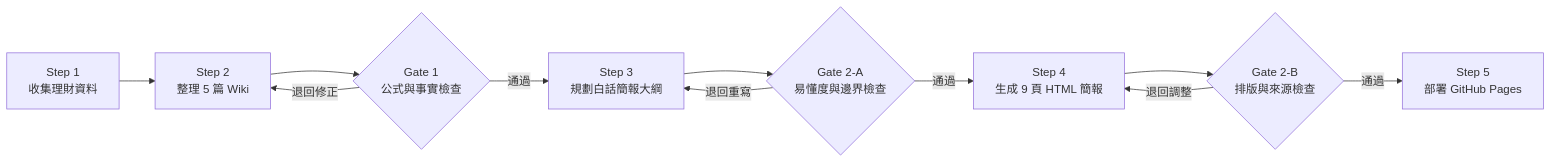
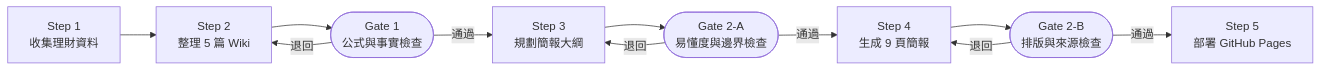
One commit to usarmena/investing-wiki changed the diagram in README.md. Above: the diagram before and after it, drawn with Mermaid.

Commit message:
fix: prevent CJK text clipping in Mermaid workflow diagram

````diff
--- a/README.md
+++ b/README.md
@@ -12,13 +12,13 @@
 ```mermaid
 flowchart LR
     A["Step 1<br/>收集理財資料"] --> B["Step 2<br/>整理 5 篇 Wiki"]
-    B --> C{"Gate 1<br/>公式與事實檢查"}
-    C -- "退回修正" --> B
-    C -- "通過" --> D["Step 3<br/>規劃白話簡報大綱"]
-    D --> E{"Gate 2-A<br/>易懂度與邊界檢查"}
-    E -- "退回重寫" --> D
-    E -- "通過" --> F["Step 4<br/>生成 9 頁 HTML 簡報"]
-    F --> G{"Gate 2-B<br/>排版與來源檢查"}
-    G -- "退回調整" --> F
+    B --> C(["Gate 1<br/>公式與事實檢查"])
+    C -- "退回" --> B
+    C -- "通過" --> D["Step 3<br/>規劃簡報大綱"]
+    D --> E(["Gate 2-A<br/>易懂度與邊界檢查"])
+    E -- "退回" --> D
+    E -- "通過" --> F["Step 4<br/>生成 9 頁簡報"]
+    F --> G(["Gate 2-B<br/>排版與來源檢查"])
+    G -- "退回" --> F
     G -- "通過" --> H["Step 5<br/>部署 GitHub Pages"]
 ```
````
